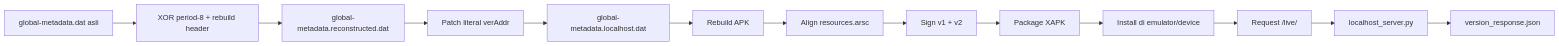
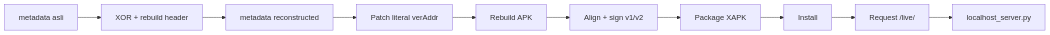
Before and after one commit to tes12886-sudo/freefire-localhost-backup: the diagram in README.md, drawn with Mermaid. The commit also changed other lines of this file, not shown here.

````diff
--- a/README.md
+++ b/README.md
@@ -370,15 +197,12 @@
 ```mermaid
 flowchart LR
-    A[global-metadata.dat asli] --> B[XOR period-8 + rebuild header]
-    B --> C[global-metadata.reconstructed.dat]
+    A[metadata asli] --> B[XOR + rebuild header]
+    B --> C[metadata reconstructed]
     C --> D[Patch literal verAddr]
-    D --> E[global-metadata.localhost.dat]
-    E --> F[Rebuild APK]
-    F --> G[Align resources.arsc]
-    G --> H[Sign v1 + v2]
-    H --> I[Package XAPK]
-    I --> J[Install di emulator/device]
-    J --> K[Request /live/]
-    K --> L[localhost_server.py]
-    L --> M[version_response.json]
+    D --> E[Rebuild APK]
+    E --> F[Align + sign v1/v2]
+    F --> G[Package XAPK]
+    G --> H[Install]
+    H --> I[Request /live/]
+    I --> J[localhost_server.py]
 ```
````
